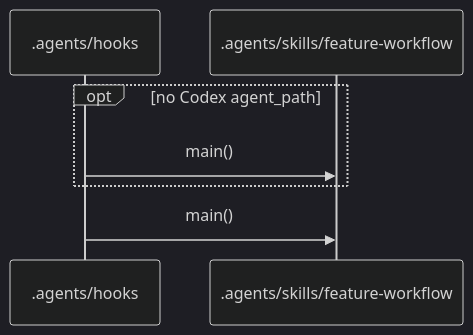
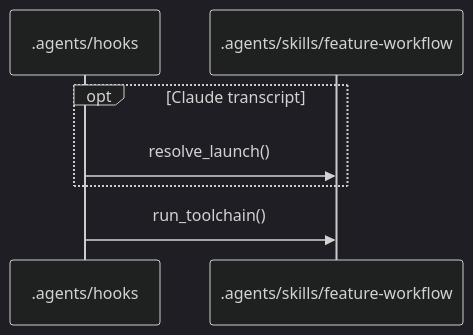
The second of 15 diagrams in .workflow/cache/flows.md (TajVirani/llm-scaffold-claude), drawn with Mermaid (dark theme) before and after one commit. The commit also changed other lines of this file and 15 other files, not shown here.

````diff
--- a/.workflow/cache/flows.md
+++ b/.workflow/cache/flows.md
@@ -75,9 +72,9 @@
 ```mermaid
 sequenceDiagram
   participant _agents_hooks as .agents/hooks
   participant _agents_skills_feature_workflow as .agents/skills/feature-workflow
-  opt no Codex agent_path
-    _agents_hooks->>_agents_skills_feature_workflow: main()
+  opt Claude transcript
+    _agents_hooks->>_agents_skills_feature_workflow: resolve_launch()
   end
-  _agents_hooks->>_agents_skills_feature_workflow: main()
+  _agents_hooks->>_agents_skills_feature_workflow: run_toolchain()
 ```
````
